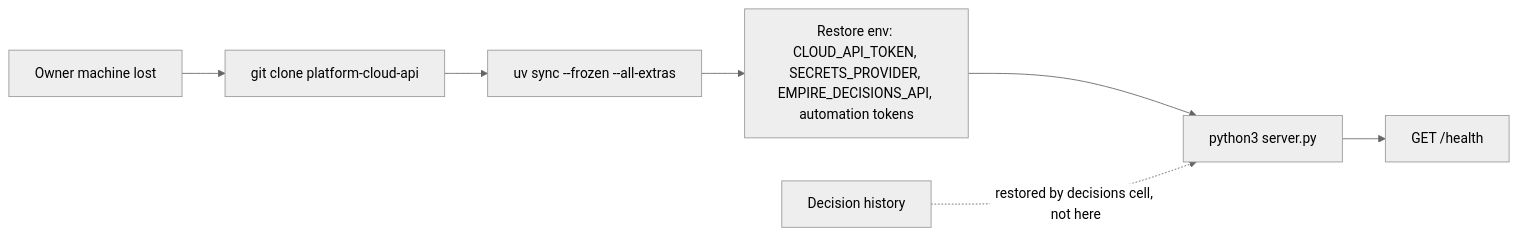
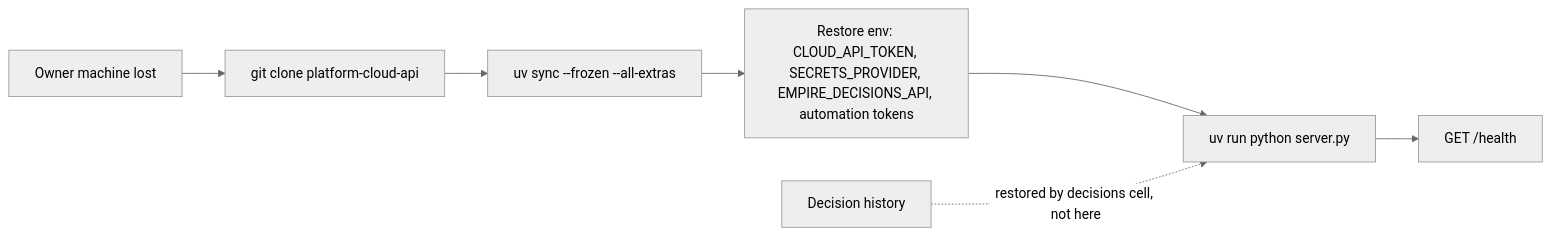
Before and after one commit to bookchaowalit/platform-cloud-api: the diagram in docs/diagrams/14-backup-dr.md, drawn with Mermaid (neutral theme). The commit also changed 1 other file, not shown here.

Commit message:
docs: access log still prints the query via the request line; restore runs in uv

````diff
--- a/docs/diagrams/14-backup-dr.md
+++ b/docs/diagrams/14-backup-dr.md
@@ -11,9 +11,9 @@
 ```mermaid
 flowchart LR
   LOSS["Owner machine lost"] --> CL["git clone platform-cloud-api"]
   CL --> SY["uv sync --frozen --all-extras"]
   SY --> CFG["Restore env: CLOUD_API_TOKEN, SECRETS_PROVIDER, EMPIRE_DECISIONS_API, automation tokens"]
-  CFG --> RUN["python3 server.py"]
+  CFG --> RUN["uv run python server.py"]
   RUN --> HC["GET /health"]
   DEC["Decision history"] -.->|"restored by decisions cell, not here"| RUN
 ```
````
